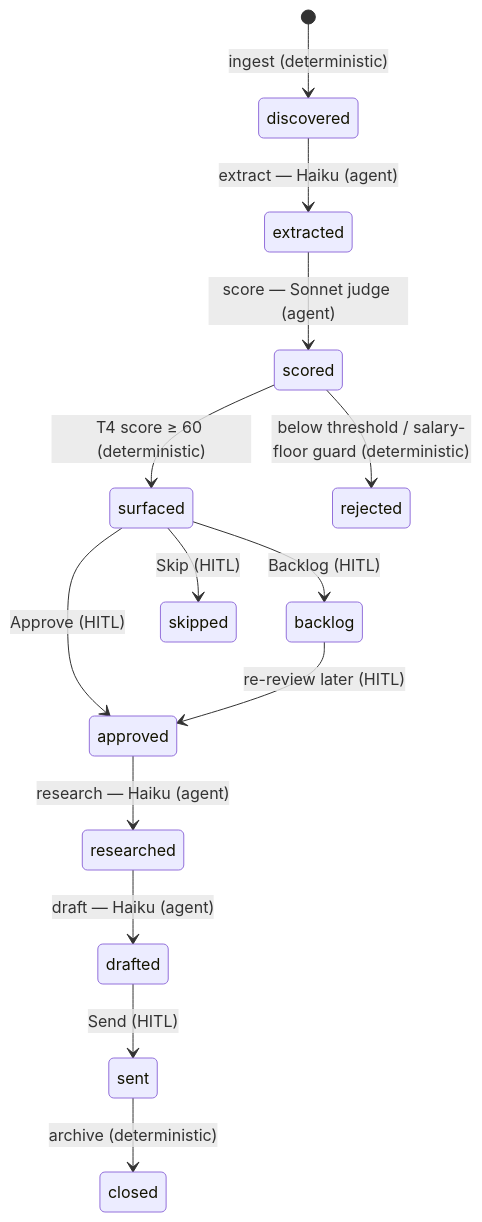
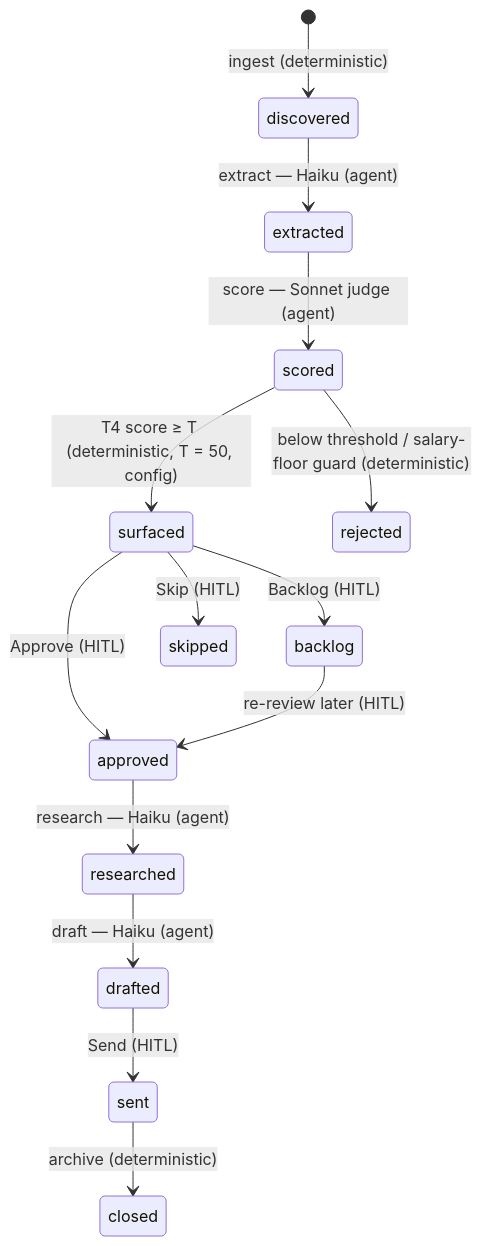
One commit to dontkaiad/job-hunter-agent changed the diagram in ARCHITECTURE.md. Above: the diagram before and after it, drawn with Mermaid. The commit also changed other lines of this file and 11 other files, not shown here.

````diff
--- a/ARCHITECTURE.md
+++ b/ARCHITECTURE.md
@@ -28,16 +28,16 @@
 ```mermaid
 stateDiagram-v2
     [*] --> discovered: ingest (deterministic)
     discovered --> extracted: extract — Haiku (agent)
     extracted --> scored: score — Sonnet judge (agent)
-    scored --> surfaced: T4 score ≥ 60 (deterministic)
+    scored --> surfaced: T4 score ≥ T (deterministic, T = 50, config)
     scored --> rejected: below threshold / salary-floor guard (deterministic)
     surfaced --> approved: Approve (HITL)
     surfaced --> backlog: Backlog (HITL)
     surfaced --> skipped: Skip (HITL)
     approved --> researched: research — Haiku (agent)
     researched --> drafted: draft — Haiku (agent)
     drafted --> sent: Send (HITL)
     sent --> closed: archive (deterministic)
     backlog --> approved: re-review later (HITL)
 ```
````
